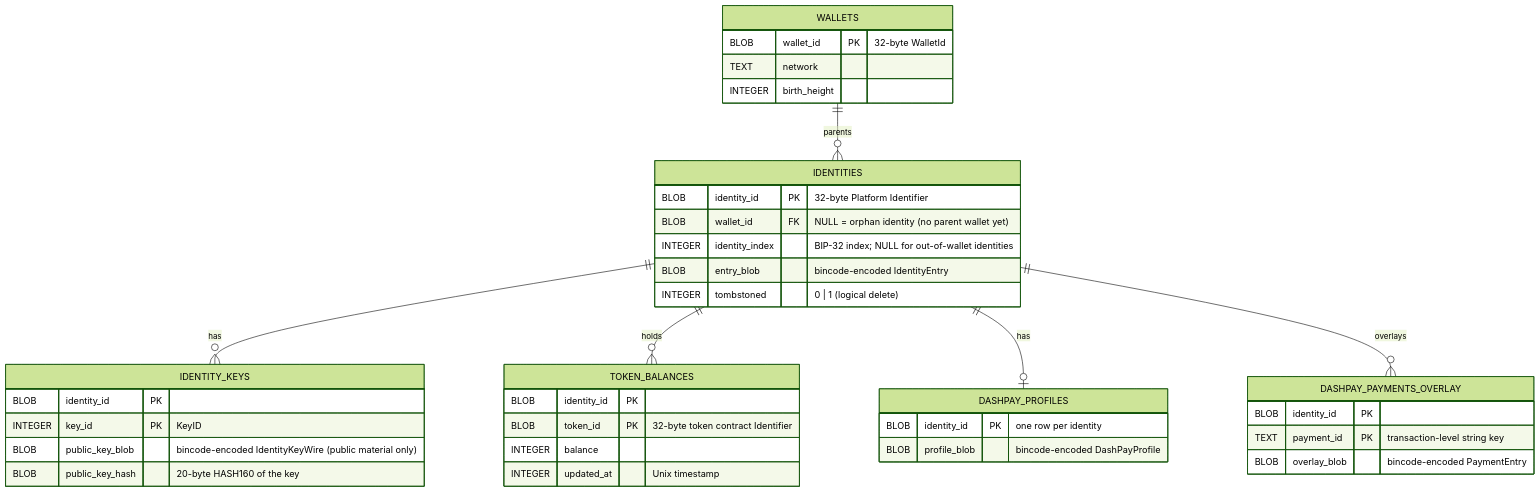
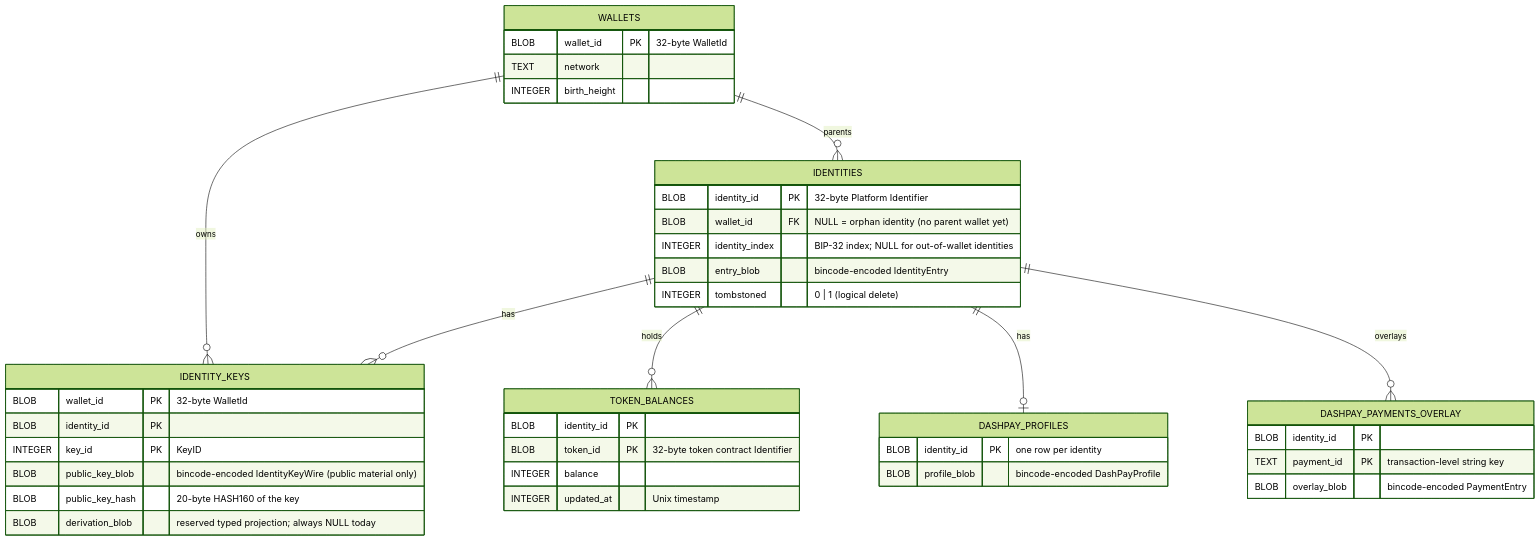
One commit to dashpay/platform changed the second of 5 diagrams in packages/rs-platform-wallet-storage/SCHEMA.md. Above: the diagram before and after it, drawn with Mermaid (forest theme). The commit also changed other lines of this file and 2 other files, not shown here.

First line of the commit message:
docs(platform-wallet-storage): reconcile README/SCHEMA/SECRETS with shipped code

````diff
--- a/packages/rs-platform-wallet-storage/SCHEMA.md
+++ b/packages/rs-platform-wallet-storage/SCHEMA.md
@@ -130,47 +130,50 @@
 ```mermaid
 erDiagram
     WALLETS ||--o{ IDENTITIES : "parents"
+    WALLETS ||--o{ IDENTITY_KEYS : "owns"
     IDENTITIES ||--o{ IDENTITY_KEYS : "has"
     IDENTITIES ||--o{ TOKEN_BALANCES : "holds"
     IDENTITIES ||--o| DASHPAY_PROFILES : "has"
     IDENTITIES ||--o{ DASHPAY_PAYMENTS_OVERLAY : "overlays"
 
     WALLETS {
         BLOB wallet_id PK "32-byte WalletId"
         TEXT network
         INTEGER birth_height
     }
 
     IDENTITIES {
         BLOB identity_id PK "32-byte Platform Identifier"
         BLOB wallet_id FK "NULL = orphan identity (no parent wallet yet)"
         INTEGER identity_index "BIP-32 index; NULL for out-of-wallet identities"
         BLOB entry_blob "bincode-encoded IdentityEntry"
         INTEGER tombstoned "0 | 1 (logical delete)"
     }
 
     IDENTITY_KEYS {
+        BLOB wallet_id PK "32-byte WalletId"
         BLOB identity_id PK
         INTEGER key_id PK "KeyID"
         BLOB public_key_blob "bincode-encoded IdentityKeyWire (public material only)"
         BLOB public_key_hash "20-byte HASH160 of the key"
+        BLOB derivation_blob "reserved typed projection; always NULL today"
     }
 
     TOKEN_BALANCES {
         BLOB identity_id PK
         BLOB token_id PK "32-byte token contract Identifier"
         INTEGER balance
         INTEGER updated_at "Unix timestamp"
     }
 
     DASHPAY_PROFILES {
         BLOB identity_id PK "one row per identity"
         BLOB profile_blob "bincode-encoded DashPayProfile"
     }
 
     DASHPAY_PAYMENTS_OVERLAY {
         BLOB identity_id PK
         TEXT payment_id PK "transaction-level string key"
         BLOB overlay_blob "bincode-encoded PaymentEntry"
     }
 ```
````
